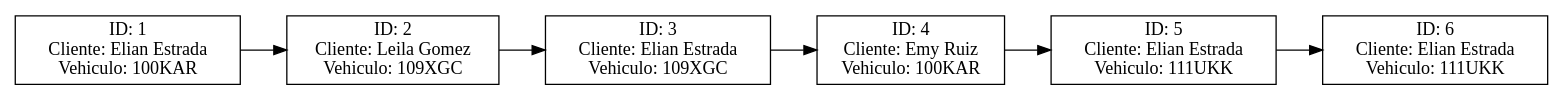
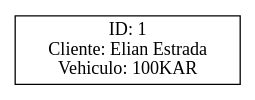
The diagram in Reportes/Viajes_General.dot (miguel-tubac/EDD_Proyecto2_202101927), drawn with Graphviz before and after one commit. The commit also changed 5 other files, not shown here.

```diff
--- a/Reportes/Viajes_General.dot
+++ b/Reportes/Viajes_General.dot
@@ -1,15 +1,5 @@
 digraph ListaEnlazada {
     rankdir=LR;
     node [shape=record];
     node0 [label="ID: 1\nCliente:  Elian  Estrada\nVehiculo: 100KAR"];
-    node1 [label="ID: 2\nCliente:  Leila  Gomez\nVehiculo: 109XGC"];
-    node2 [label="ID: 3\nCliente:  Elian  Estrada\nVehiculo: 109XGC"];
-    node3 [label="ID: 4\nCliente:  Emy  Ruiz\nVehiculo: 100KAR"];
-    node4 [label="ID: 5\nCliente:  Elian  Estrada\nVehiculo: 111UKK"];
-    node5 [label="ID: 6\nCliente:  Elian  Estrada\nVehiculo: 111UKK"];
-    node0 -> node1;
-    node1 -> node2;
-    node2 -> node3;
-    node3 -> node4;
-    node4 -> node5;
 }
```
